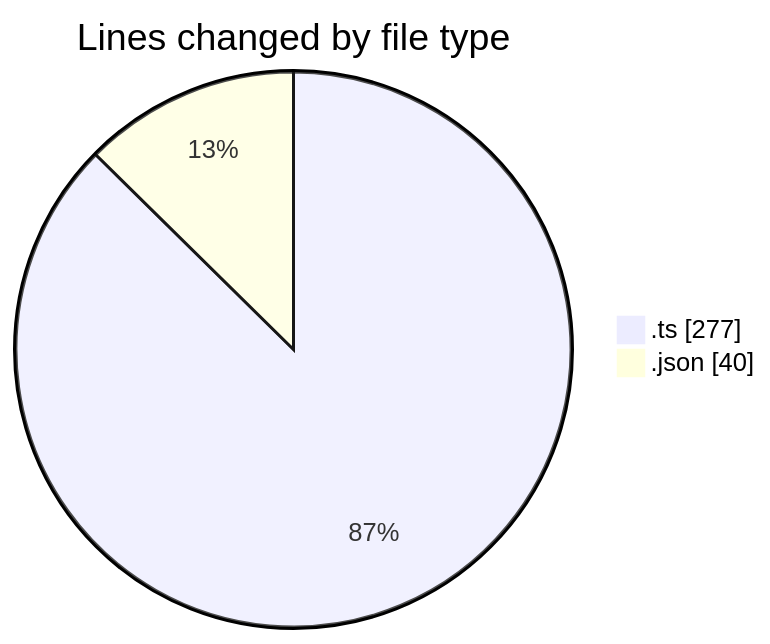
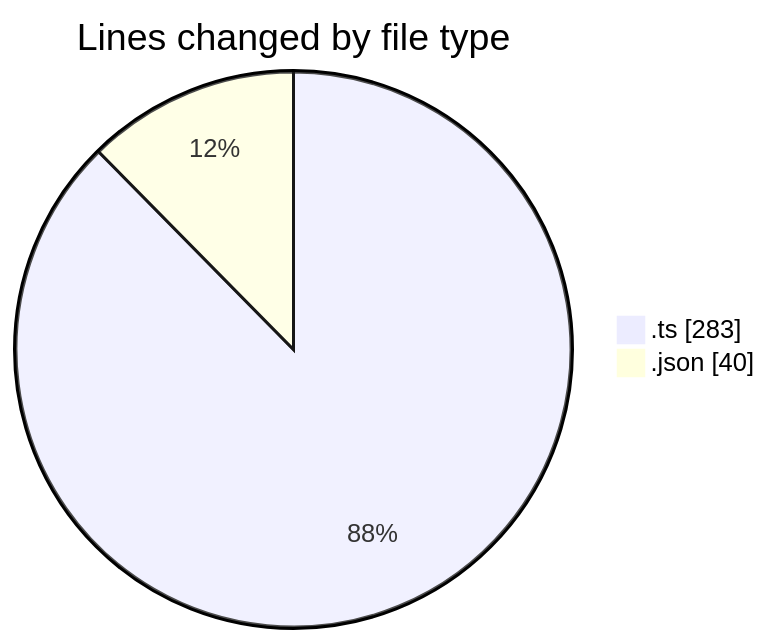
The first of 2 diagrams in 2026-03-03/typescript/README.md (igalym/code-tracking), drawn with Mermaid before and after one commit. The commit also changed other lines of this file and 1 other file, not shown here.

````diff
--- a/2026-03-03/typescript/README.md
+++ b/2026-03-03/typescript/README.md
@@ -21,6 +21,6 @@
 ```mermaid
 pie showData
 title Lines changed by file type
-".ts" : 277
+".ts" : 283
 ".json" : 40
 ```
````
